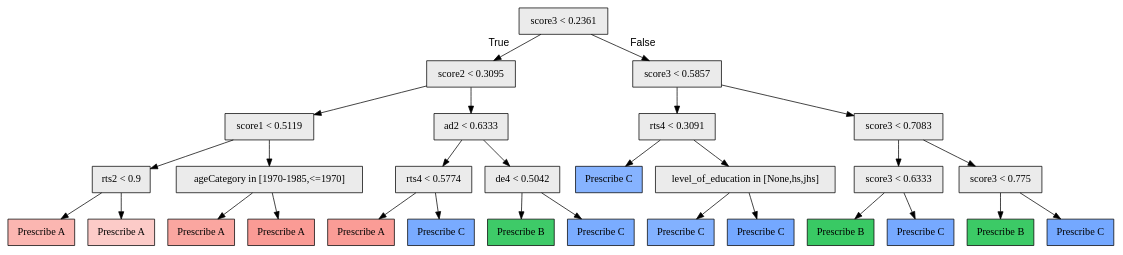
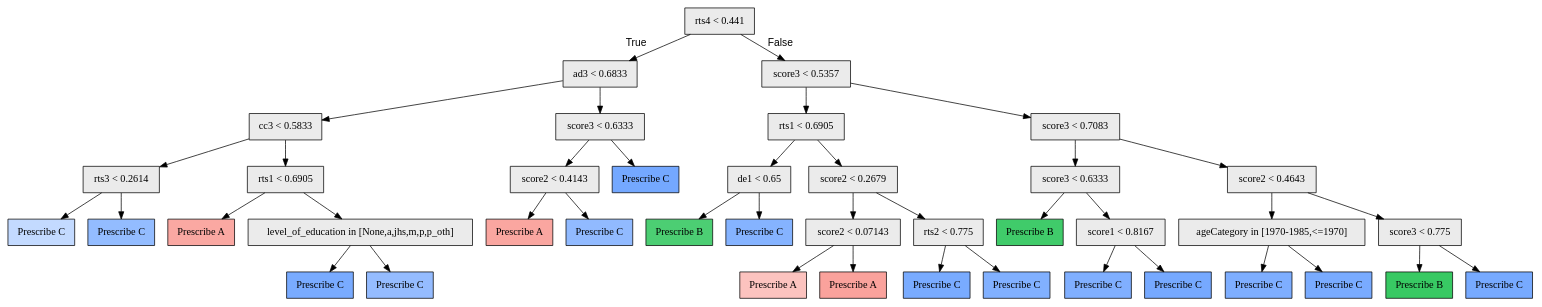
The diagram in python/model/2/dfe/pytree.dot (galitLukin/PersonalizedLearning), drawn with Graphviz before and after one commit. The commit also changed 13 other files, not shown here.

```diff
--- a/python/model/2/dfe/pytree.dot
+++ b/python/model/2/dfe/pytree.dot
@@ -1,59 +1,83 @@
 digraph "G" {
-1 [fillcolor="#EBEBEB", fontname="bold arial", label="score3 &lt; 0.2361", shape=box, style="filled"];
-2 [fillcolor="#EBEBEB", fontname="bold arial", label="score2 &lt; 0.3095", shape=box, style="filled"];
-3 [fillcolor="#EBEBEB", fontname="bold arial", label="score1 &lt; 0.5119", shape=box, style="filled"];
-4 [fillcolor="#EBEBEB", fontname="bold arial", label="rts2 &lt; 0.9", shape=box, style="filled"];
-5 [color=black, fillcolor="#F8766D87", fontname="bold arial", label="Prescribe A", shape=box, style="filled"];
-6 [color=black, fillcolor="#F8766D60", fontname="bold arial", label="Prescribe A", shape=box, style="filled"];
-7 [fillcolor="#EBEBEB", fontname="bold arial", label="ageCategory in [1970-1985,&lt;=1970]", shape=box, style="filled"];
-8 [color=black, fillcolor="#F8766Da5", fontname="bold arial", label="Prescribe A", shape=box, style="filled"];
-9 [color=black, fillcolor="#F8766Db9", fontname="bold arial", label="Prescribe A", shape=box, style="filled"];
-10 [fillcolor="#EBEBEB", fontname="bold arial", label="ad2 &lt; 0.6333", shape=box, style="filled"];
-11 [fillcolor="#EBEBEB", fontname="bold arial", label="rts4 &lt; 0.5774", shape=box, style="filled"];
-12 [color=black, fillcolor="#F8766Db7", fontname="bold arial", label="Prescribe A", shape=box, style="filled"];
-13 [color=black, fillcolor="#619CFFd8", fontname="bold arial", label="Prescribe C", shape=box, style="filled"];
-14 [fillcolor="#EBEBEB", fontname="bold arial", label="de4 &lt; 0.5042", shape=box, style="filled"];
-15 [color=black, fillcolor="#00BA38c1", fontname="bold arial", label="Prescribe B", shape=box, style="filled"];
-16 [color=black, fillcolor="#619CFFd6", fontname="bold arial", label="Prescribe C", shape=box, style="filled"];
-17 [fillcolor="#EBEBEB", fontname="bold arial", label="score3 &lt; 0.5857", shape=box, style="filled"];
-18 [fillcolor="#EBEBEB", fontname="bold arial", label="rts4 &lt; 0.3091", shape=box, style="filled"];
-19 [color=black, fillcolor="#619CFFc2", fontname="bold arial", label="Prescribe C", shape=box, style="filled"];
-20 [fillcolor="#EBEBEB", fontname="bold arial", label="level_of_education in [None,hs,jhs]", shape=box, style="filled"];
-21 [color=black, fillcolor="#619CFFc9", fontname="bold arial", label="Prescribe C", shape=box, style="filled"];
-22 [color=black, fillcolor="#619CFFdf", fontname="bold arial", label="Prescribe C", shape=box, style="filled"];
-23 [fillcolor="#EBEBEB", fontname="bold arial", label="score3 &lt; 0.7083", shape=box, style="filled"];
-24 [fillcolor="#EBEBEB", fontname="bold arial", label="score3 &lt; 0.6333", shape=box, style="filled"];
-25 [color=black, fillcolor="#00BA38c6", fontname="bold arial", label="Prescribe B", shape=box, style="filled"];
-26 [color=black, fillcolor="#619CFFdd", fontname="bold arial", label="Prescribe C", shape=box, style="filled"];
-27 [fillcolor="#EBEBEB", fontname="bold arial", label="score3 &lt; 0.775", shape=box, style="filled"];
-28 [color=black, fillcolor="#00BA38c3", fontname="bold arial", label="Prescribe B", shape=box, style="filled"];
-29 [color=black, fillcolor="#619CFFdf", fontname="bold arial", label="Prescribe C", shape=box, style="filled"];
+1 [fillcolor="#EBEBEB", fontname="bold arial", label="rts4 &lt; 0.441", shape=box, style="filled"];
+2 [fillcolor="#EBEBEB", fontname="bold arial", label="ad3 &lt; 0.6833", shape=box, style="filled"];
+3 [fillcolor="#EBEBEB", fontname="bold arial", label="cc3 &lt; 0.5833", shape=box, style="filled"];
+4 [fillcolor="#EBEBEB", fontname="bold arial", label="rts3 &lt; 0.2614", shape=box, style="filled"];
+5 [color=black, fillcolor="#619CFF60", fontname="bold arial", label="Prescribe C", shape=box, style="filled"];
+6 [color=black, fillcolor="#619CFFad", fontname="bold arial", label="Prescribe C", shape=box, style="filled"];
+7 [fillcolor="#EBEBEB", fontname="bold arial", label="rts1 &lt; 0.6905", shape=box, style="filled"];
+8 [color=black, fillcolor="#F8766Da1", fontname="bold arial", label="Prescribe A", shape=box, style="filled"];
+9 [fillcolor="#EBEBEB", fontname="bold arial", label="level_of_education in [None,a,jhs,m,p,p_oth]", shape=box, style="filled"];
+10 [color=black, fillcolor="#619CFFd7", fontname="bold arial", label="Prescribe C", shape=box, style="filled"];
+11 [color=black, fillcolor="#619CFFab", fontname="bold arial", label="Prescribe C", shape=box, style="filled"];
+12 [fillcolor="#EBEBEB", fontname="bold arial", label="score3 &lt; 0.6333", shape=box, style="filled"];
+13 [fillcolor="#EBEBEB", fontname="bold arial", label="score2 &lt; 0.4143", shape=box, style="filled"];
+14 [color=black, fillcolor="#F8766Da5", fontname="bold arial", label="Prescribe A", shape=box, style="filled"];
+15 [color=black, fillcolor="#619CFFb1", fontname="bold arial", label="Prescribe C", shape=box, style="filled"];
+16 [color=black, fillcolor="#619CFFdf", fontname="bold arial", label="Prescribe C", shape=box, style="filled"];
+17 [fillcolor="#EBEBEB", fontname="bold arial", label="score3 &lt; 0.5357", shape=box, style="filled"];
+18 [fillcolor="#EBEBEB", fontname="bold arial", label="rts1 &lt; 0.6905", shape=box, style="filled"];
+19 [fillcolor="#EBEBEB", fontname="bold arial", label="de1 &lt; 0.65", shape=box, style="filled"];
+20 [color=black, fillcolor="#00BA38b3", fontname="bold arial", label="Prescribe B", shape=box, style="filled"];
+21 [color=black, fillcolor="#619CFFc4", fontname="bold arial", label="Prescribe C", shape=box, style="filled"];
+22 [fillcolor="#EBEBEB", fontname="bold arial", label="score2 &lt; 0.2679", shape=box, style="filled"];
+23 [fillcolor="#EBEBEB", fontname="bold arial", label="score2 &lt; 0.07143", shape=box, style="filled"];
+24 [color=black, fillcolor="#F8766D6f", fontname="bold arial", label="Prescribe A", shape=box, style="filled"];
+25 [color=black, fillcolor="#F8766Dac", fontname="bold arial", label="Prescribe A", shape=box, style="filled"];
+26 [fillcolor="#EBEBEB", fontname="bold arial", label="rts2 &lt; 0.775", shape=box, style="filled"];
+27 [color=black, fillcolor="#619CFFd8", fontname="bold arial", label="Prescribe C", shape=box, style="filled"];
+28 [color=black, fillcolor="#619CFFca", fontname="bold arial", label="Prescribe C", shape=box, style="filled"];
+29 [fillcolor="#EBEBEB", fontname="bold arial", label="score3 &lt; 0.7083", shape=box, style="filled"];
+30 [fillcolor="#EBEBEB", fontname="bold arial", label="score3 &lt; 0.6333", shape=box, style="filled"];
+31 [color=black, fillcolor="#00BA38bf", fontname="bold arial", label="Prescribe B", shape=box, style="filled"];
+32 [fillcolor="#EBEBEB", fontname="bold arial", label="score1 &lt; 0.8167", shape=box, style="filled"];
+33 [color=black, fillcolor="#619CFFcd", fontname="bold arial", label="Prescribe C", shape=box, style="filled"];
+34 [color=black, fillcolor="#619CFFdd", fontname="bold arial", label="Prescribe C", shape=box, style="filled"];
+35 [fillcolor="#EBEBEB", fontname="bold arial", label="score2 &lt; 0.4643", shape=box, style="filled"];
+36 [fillcolor="#EBEBEB", fontname="bold arial", label="ageCategory in [1970-1985,&lt;=1970]", shape=box, style="filled"];
+37 [color=black, fillcolor="#619CFFcf", fontname="bold arial", label="Prescribe C", shape=box, style="filled"];
+38 [color=black, fillcolor="#619CFFd7", fontname="bold arial", label="Prescribe C", shape=box, style="filled"];
+39 [fillcolor="#EBEBEB", fontname="bold arial", label="score3 &lt; 0.775", shape=box, style="filled"];
+40 [color=black, fillcolor="#00BA38c7", fontname="bold arial", label="Prescribe B", shape=box, style="filled"];
+41 [color=black, fillcolor="#619CFFdb", fontname="bold arial", label="Prescribe C", shape=box, style="filled"];
 1 -> 2  [fontname="arial", headlabel="True", key=0, labelangle=45, labeldistance="2.5"];
 1 -> 17  [fontname="arial", headlabel="False", key=0, labelangle="-45", labeldistance="2.5"];
 2 -> 3  [key=0];
-2 -> 10  [key=0];
+2 -> 12  [key=0];
 3 -> 4  [key=0];
 3 -> 7  [key=0];
 4 -> 5  [key=0];
 4 -> 6  [key=0];
 7 -> 8  [key=0];
 7 -> 9  [key=0];
-10 -> 11  [key=0];
-10 -> 14  [key=0];
-11 -> 12  [key=0];
-11 -> 13  [key=0];
-14 -> 15  [key=0];
-14 -> 16  [key=0];
+9 -> 10  [key=0];
+9 -> 11  [key=0];
+12 -> 13  [key=0];
+12 -> 16  [key=0];
+13 -> 14  [key=0];
+13 -> 15  [key=0];
 17 -> 18  [key=0];
-17 -> 23  [key=0];
+17 -> 29  [key=0];
 18 -> 19  [key=0];
-18 -> 20  [key=0];
-20 -> 21  [key=0];
-20 -> 22  [key=0];
+18 -> 22  [key=0];
+19 -> 20  [key=0];
+19 -> 21  [key=0];
+22 -> 23  [key=0];
+22 -> 26  [key=0];
 23 -> 24  [key=0];
-23 -> 27  [key=0];
-24 -> 25  [key=0];
-24 -> 26  [key=0];
-27 -> 28  [key=0];
-27 -> 29  [key=0];
+23 -> 25  [key=0];
+26 -> 27  [key=0];
+26 -> 28  [key=0];
+29 -> 30  [key=0];
+29 -> 35  [key=0];
+30 -> 31  [key=0];
+30 -> 32  [key=0];
+32 -> 33  [key=0];
+32 -> 34  [key=0];
+35 -> 36  [key=0];
+35 -> 39  [key=0];
+36 -> 37  [key=0];
+36 -> 38  [key=0];
+39 -> 40  [key=0];
+39 -> 41  [key=0];
 }
```
